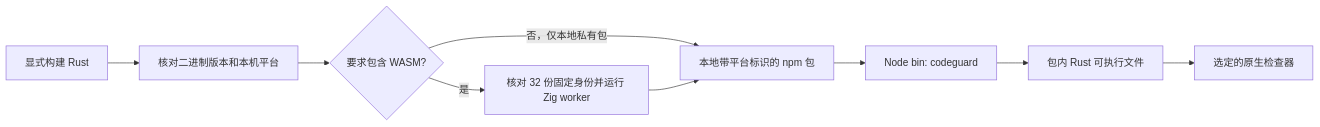
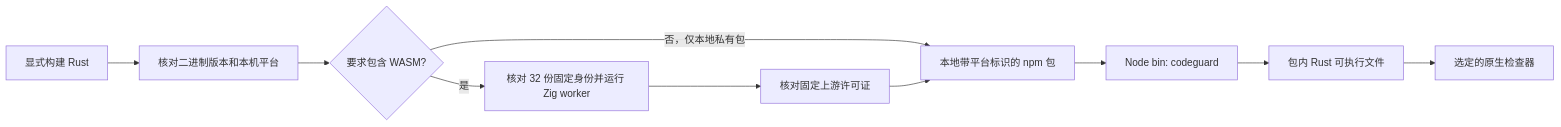
One commit to full-stack-plugins/codeguard changed diagram 12 of 12 in docs/Codeguard-Architecture.zh_CN.md. Above: the diagram before and after it, drawn with Mermaid. The commit also changed other lines of this file and 7 other files, not shown here.

````diff
--- a/docs/Codeguard-Architecture.zh_CN.md
+++ b/docs/Codeguard-Architecture.zh_CN.md
@@ -479,11 +479,12 @@
 ```mermaid
 flowchart LR
     Build[显式构建 Rust] --> Verify[核对二进制版本和本机平台]
     Verify --> Wasm{要求包含 WASM?}
     Wasm -->|是| Probe[核对 32 份固定身份并运行 Zig worker]
     Wasm -->|否，仅本地私有包| Pack[本地带平台标识的 npm 包]
-    Probe --> Pack
+    Probe --> Licenses[核对固定上游许可证]
+    Licenses --> Pack
     Pack --> Node[Node bin: codeguard]
     Node --> Rust[包内 Rust 可执行文件]
     Rust --> Native[选定的原生检查器]
 ```
````
